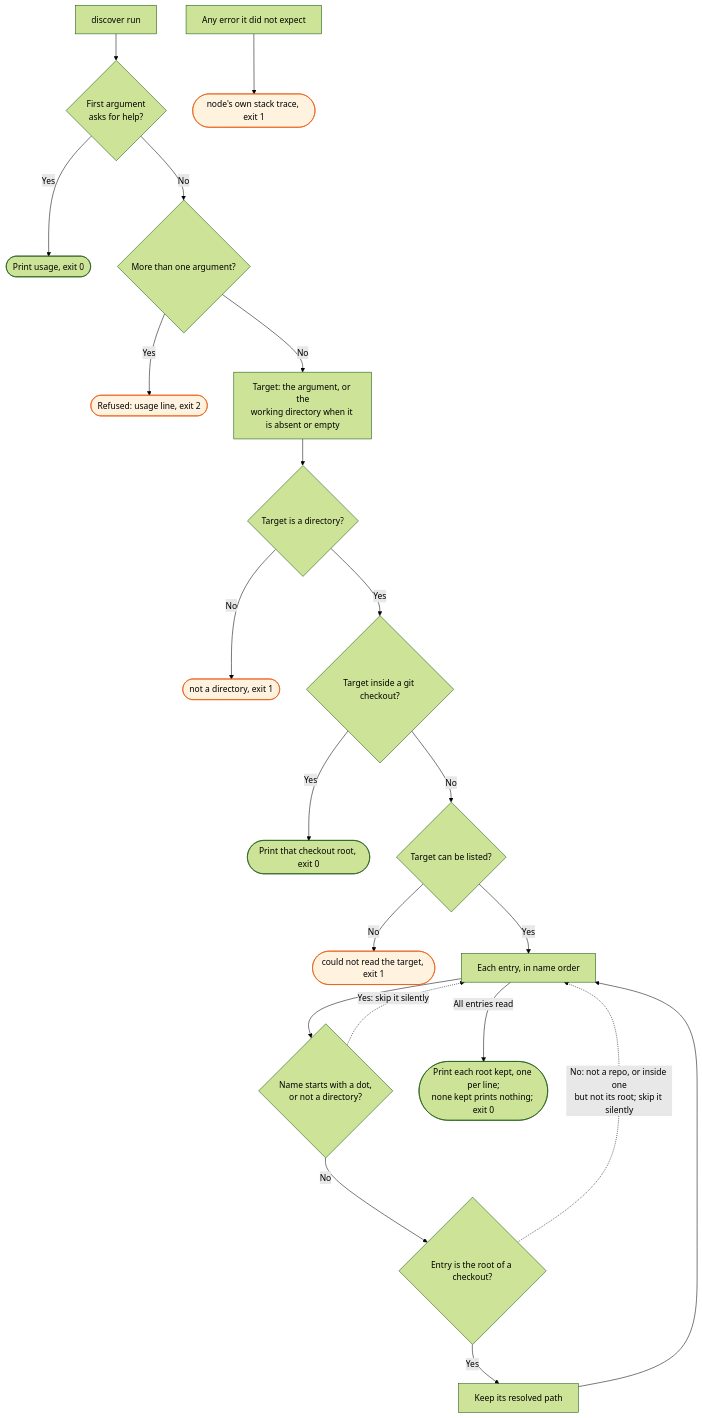
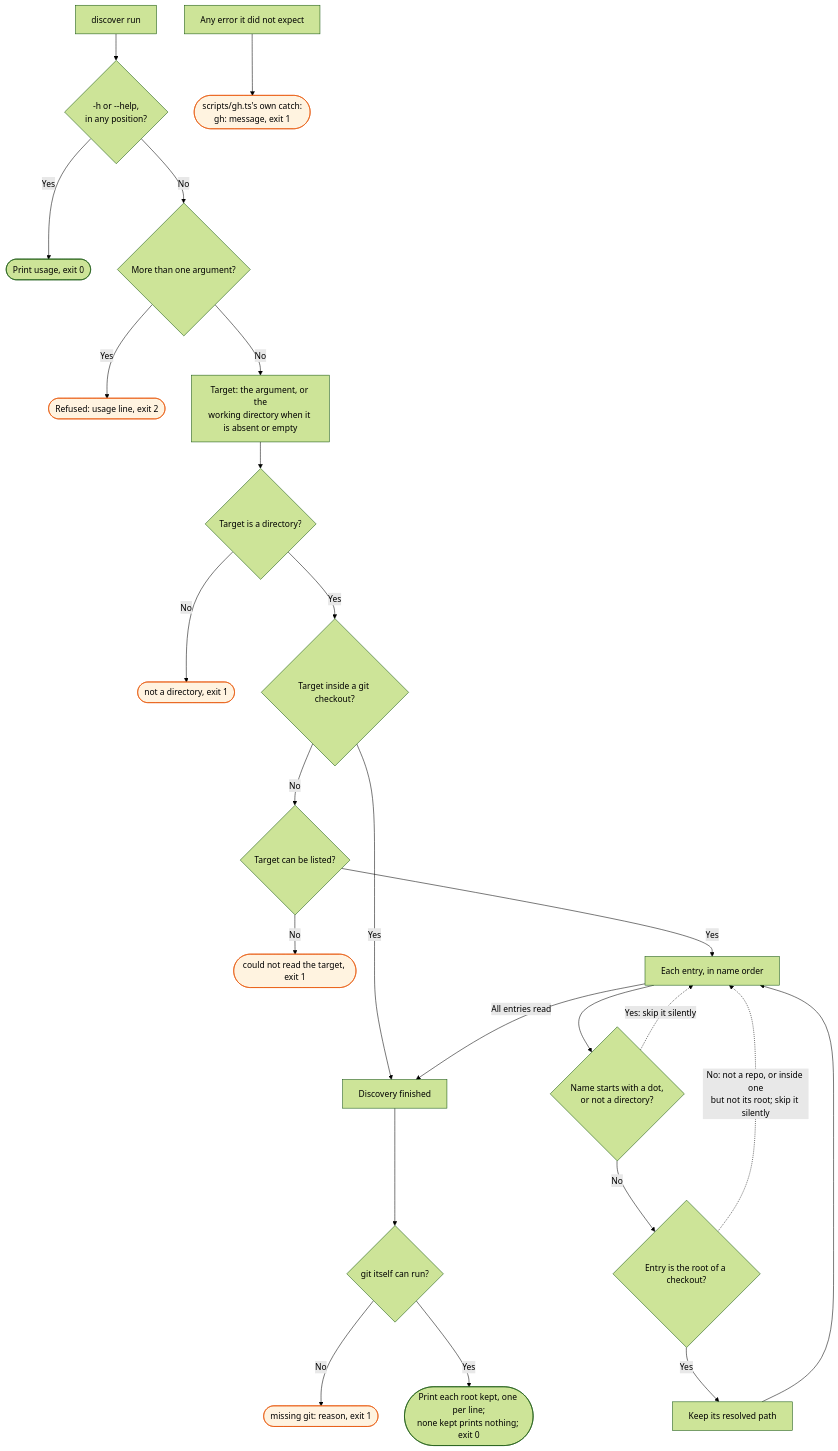
Before and after one commit to bje-settings/claude: the diagram in docs/flows/gh/shepherd/discover-flow.md, drawn with Mermaid (forest theme). The commit also changed other lines of this file and 24 other files, not shown here.

First line of the commit message:
fix(gh): close the gaps found while drawing the subcommand flows (#235)

````diff
--- a/docs/flows/gh/shepherd/discover-flow.md
+++ b/docs/flows/gh/shepherd/discover-flow.md
@@ -15,25 +15,28 @@
 ```mermaid
 flowchart TD
-    A[discover run] --> B{First argument<br/>asks for help?}
+    A[discover run] --> B{-h or --help,<br/>in any position?}
     B -->|Yes| H([Print usage, exit 0])
     B -->|No| C{More than one argument?}
     C -->|Yes| Z1([Refused: usage line, exit 2]):::stop
     C -->|No| D[Target: the argument, or the<br/>working directory when it is absent or empty]
     D --> E{Target is a directory?}
     E -->|No| Z2([not a directory, exit 1]):::stop
     E -->|Yes| F{Target inside a git checkout?}
-    F -->|Yes| G([Print that checkout root, exit 0])
+    F -->|Yes| G[Discovery finished]
     F -->|No| I{Target can be listed?}
     I -->|No| Z3([could not read the target, exit 1]):::stop
     I -->|Yes| J[Each entry, in name order]
     J --> K{Name starts with a dot,<br/>or not a directory?}
     K -.->|Yes: skip it silently| J
     K -->|No| L{Entry is the root of a checkout?}
     L -.->|No: not a repo, or inside one<br/>but not its root; skip it silently| J
     L -->|Yes| M[Keep its resolved path]
     M --> J
-    J -->|All entries read| N([Print each root kept, one per line;<br/>none kept prints nothing; exit 0])
-    X[Any error it did not expect] --> Z4([node's own stack trace, exit 1]):::stop
+    J -->|All entries read| G
+    G --> O{git itself can run?}
+    O -->|No| Z5([missing git: reason, exit 1]):::stop
+    O -->|Yes| N([Print each root kept, one per line;<br/>none kept prints nothing; exit 0])
+    X[Any error it did not expect] --> Z4([scripts/gh.ts's own catch:<br/>gh: message, exit 1]):::stop
 
     classDef stop fill:#fff3e0,stroke:#e65100,color:#000
 ```
````
